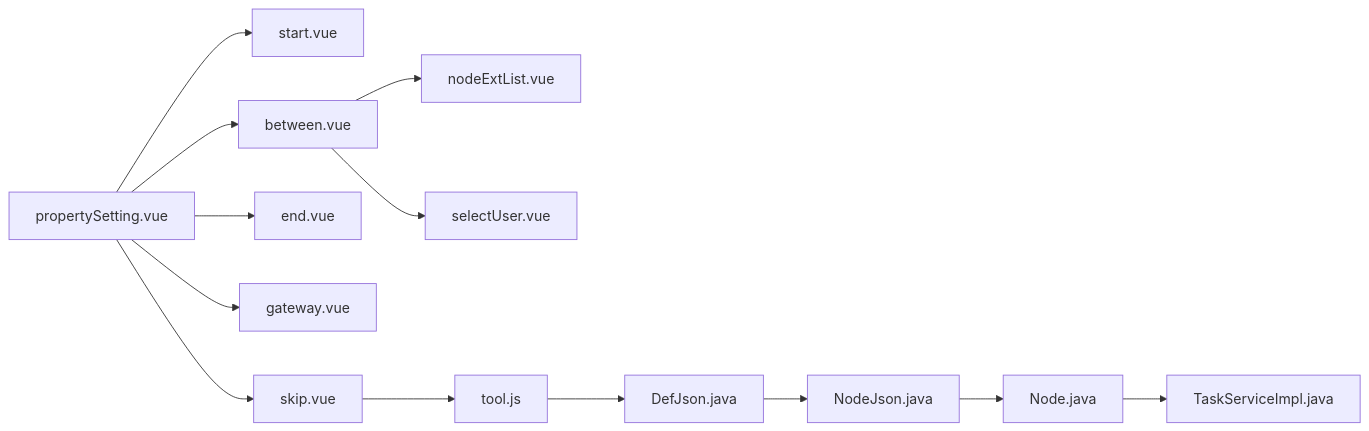
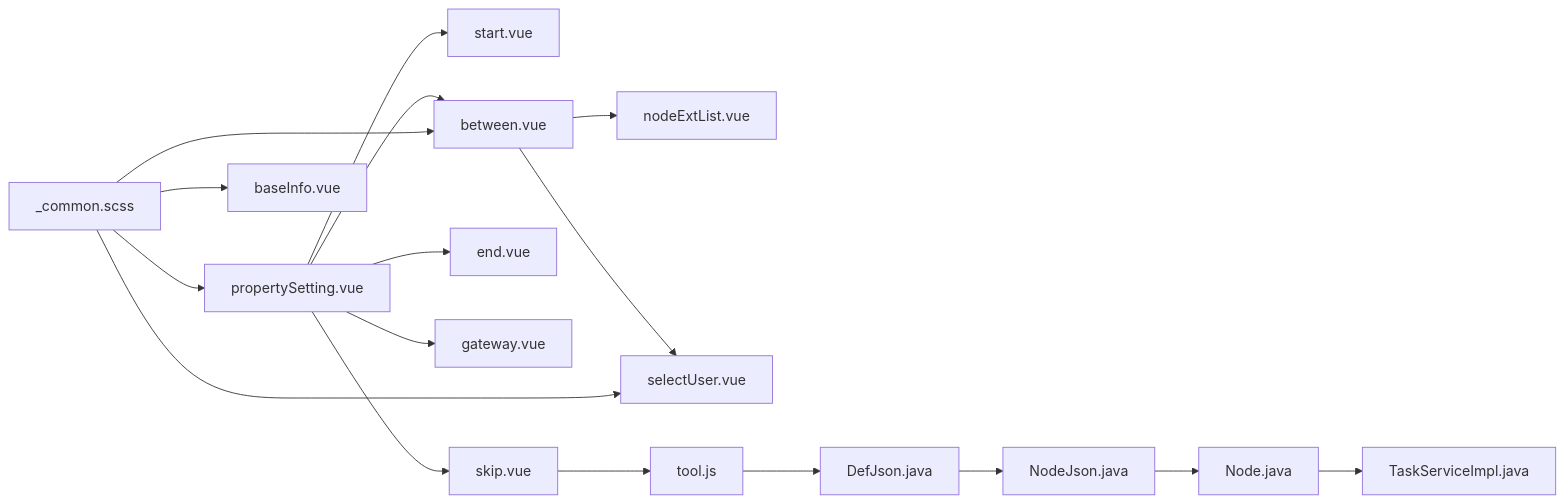
Before and after one commit to dromara/warm-flow: the seventh of 8 diagrams in .qoder/repowiki/zh/content/可视化设计器/节点属性配置.md, drawn with Mermaid. The commit also changed other lines of this file and 18 other files, not shown here.

````diff
--- a/.qoder/repowiki/zh/content/可视化设计器/节点属性配置.md
+++ b/.qoder/repowiki/zh/content/可视化设计器/节点属性配置.md
@@ -255,15 +374,19 @@
 ```mermaid
 graph LR
 PS["propertySetting.vue"] --> ST["start.vue"]
 PS --> BT["between.vue"]
 PS --> ED["end.vue"]
 PS --> GW["gateway.vue"]
 PS --> SK["skip.vue"]
 BT --> NE["nodeExtList.vue"]
 BT --> SU["selectUser.vue"]
 SK --> TL["tool.js"]
 TL --> DJ["DefJson.java"]
 DJ --> NJs["NodeJson.java"]
 NJs --> NJ["Node.java"]
 NJ --> TS["TaskServiceImpl.java"]
+CS["_common.scss"] --> PS
+CS --> BI["baseInfo.vue"]
+CS --> BT
+CS --> SU
 ```
````
